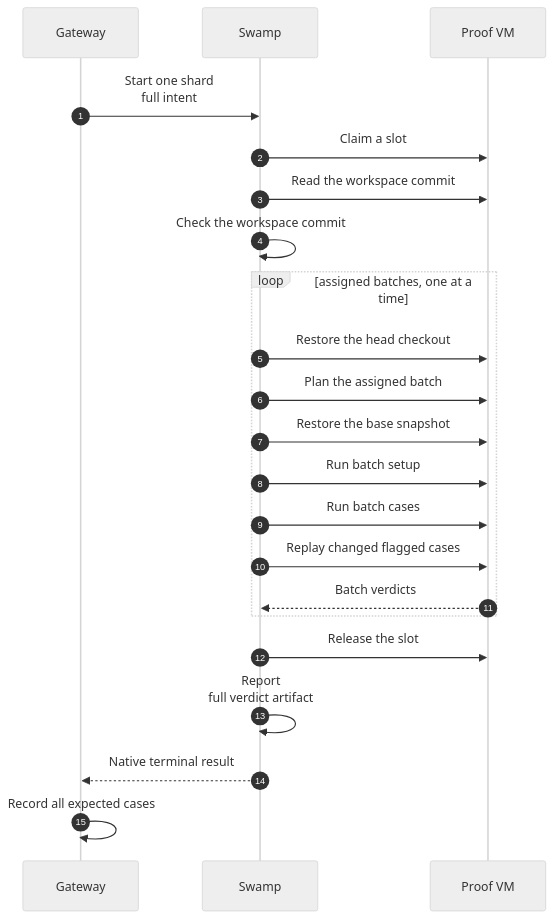
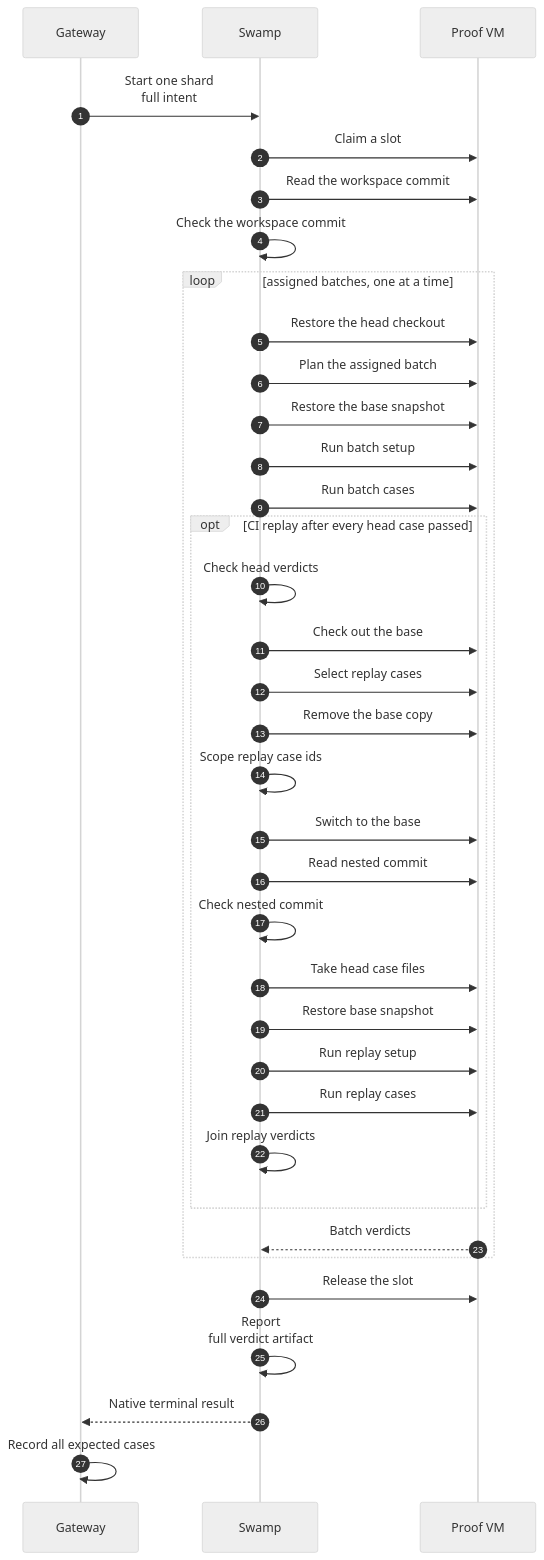
Before and after one commit to hardimpactdev/orbit: the diagram in docs/cli/proof/command.mmd, drawn with Mermaid (neutral theme). The commit also changed 9 other files, not shown here.

First line of the commit message:
fix: opt proof merge-base replay into changed flagged cases

```diff
--- a/docs/cli/proof/command.mmd
+++ b/docs/cli/proof/command.mmd
@@ -1,34 +1,51 @@
 sequenceDiagram
   %% status: reviewed
   %% command: none · started by proof:run
   %% kind: proof.command
   autonumber
   participant GW as Gateway
   participant SW as Swamp
   participant VM as Proof VM
   GW->>SW: Start one shard<br/>full intent
   %%> Record one group and VM with its whole batch assignments and expected expanded case ids. Operator proofs instead carry one full command from task admission.
   SW->>VM: Claim a slot
   SW->>VM: Read the workspace commit
   SW->>SW: Check the workspace commit
   %%> A mismatch fails before cases and records expected and found commits.
   loop assigned batches, one at a time
     SW->>VM: Restore the head checkout
     %%> A prior flagged-case check may have left the checkout at the merge base. Restore the admitted head before planning.
     SW->>VM: Plan the assigned batch
     %%> runner plan --lines --only-batch restricts execution to the whole admitted batch. An operator run plans the full command.
     SW->>VM: Restore the base snapshot
     SW->>VM: Run batch setup
     SW->>VM: Run batch cases
     %%> The runner schedules cases within the fleet's existing concurrency and isolation rules. Keep every verdict line in the output artifact.
-    SW->>VM: Replay changed flagged cases
-    %%> Only admitted added or changed cases with fails_on_base: true replay on the merge base. Each must fail with cause assertion. Passing or missing evidence fails; unchanged flags and unflagged cases never replay.
+    opt CI replay after every head case passed
+      SW->>SW: Check head verdicts
+      SW->>VM: Check out the base
+      SW->>VM: Select replay cases
+      %%> Use the runner's case-level comparison, then keep fails_on_base: true. Unchanged flags and unflagged cases never replay, even under whole-file code or tooling selection.
+      SW->>VM: Remove the base copy
+      SW->>SW: Scope replay case ids
+      %%> Keep only cases admitted to this batch.
+      SW->>VM: Switch to the base
+      SW->>VM: Read nested commit
+      SW->>SW: Check nested commit
+      SW->>VM: Take head case files
+      %%> Copy cases, batches and the spec loader. Keep base runner and step implementations.
+      SW->>VM: Restore base snapshot
+      SW->>VM: Run replay setup
+      SW->>VM: Run replay cases
+      SW->>SW: Join replay verdicts
+      %%> Each replay must fail with cause assertion. A pass, another cause or missing evidence fails the proof with a CASE@merge-base verdict. Keep flags after merge; only a later case change opts them into another replay.
+    end
     VM-->>SW: Batch verdicts
   end
   SW->>VM: Release the slot
   %%> Always after success or failure. Only operator proofs can keep a failed VM for 60 minutes. CI always deletes.
   SW->>SW: Report<br/>full verdict artifact
   %%> Prefix each line with its command, file and batch. The fixed capture reads the full artifact rather than the 4 KiB history summary.
   SW-->>GW: Native terminal result
   GW->>GW: Record all expected cases
   %%> Failed, missing, duplicate or unassigned verdicts fail the shard. A missing case becomes unrun. A missing or failed delete schedules normal group cancellation. The parent closes one merged report after all shards end.
```
